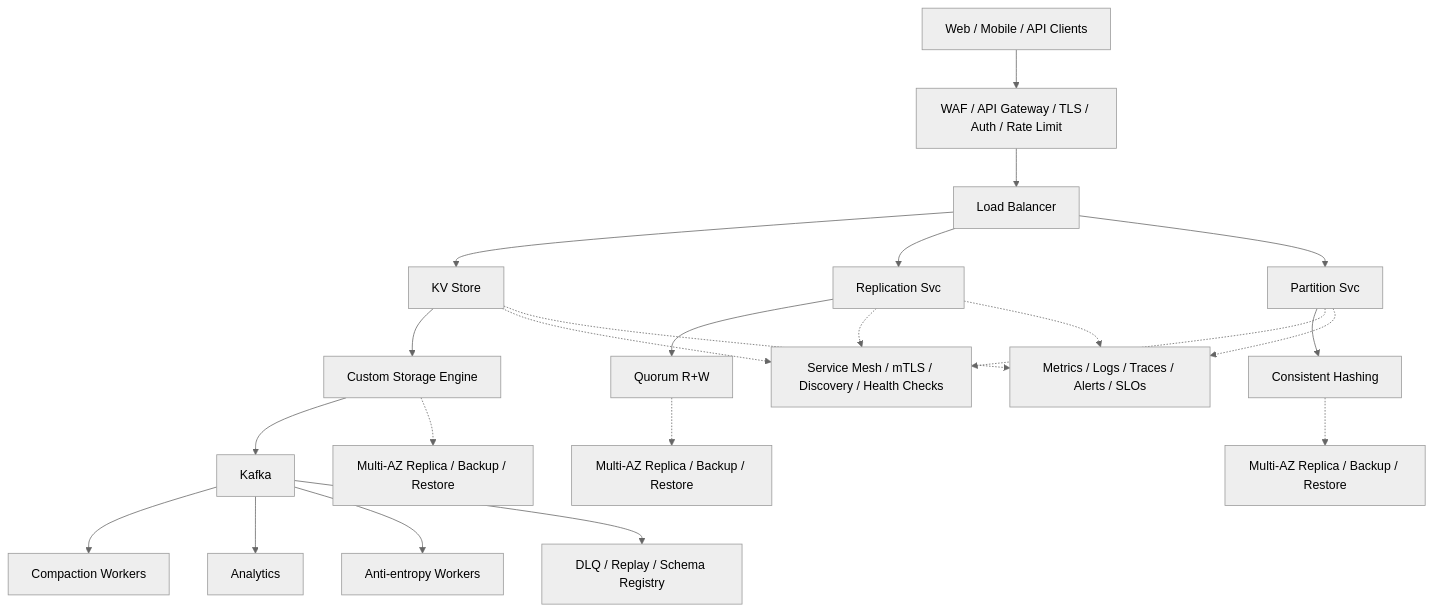
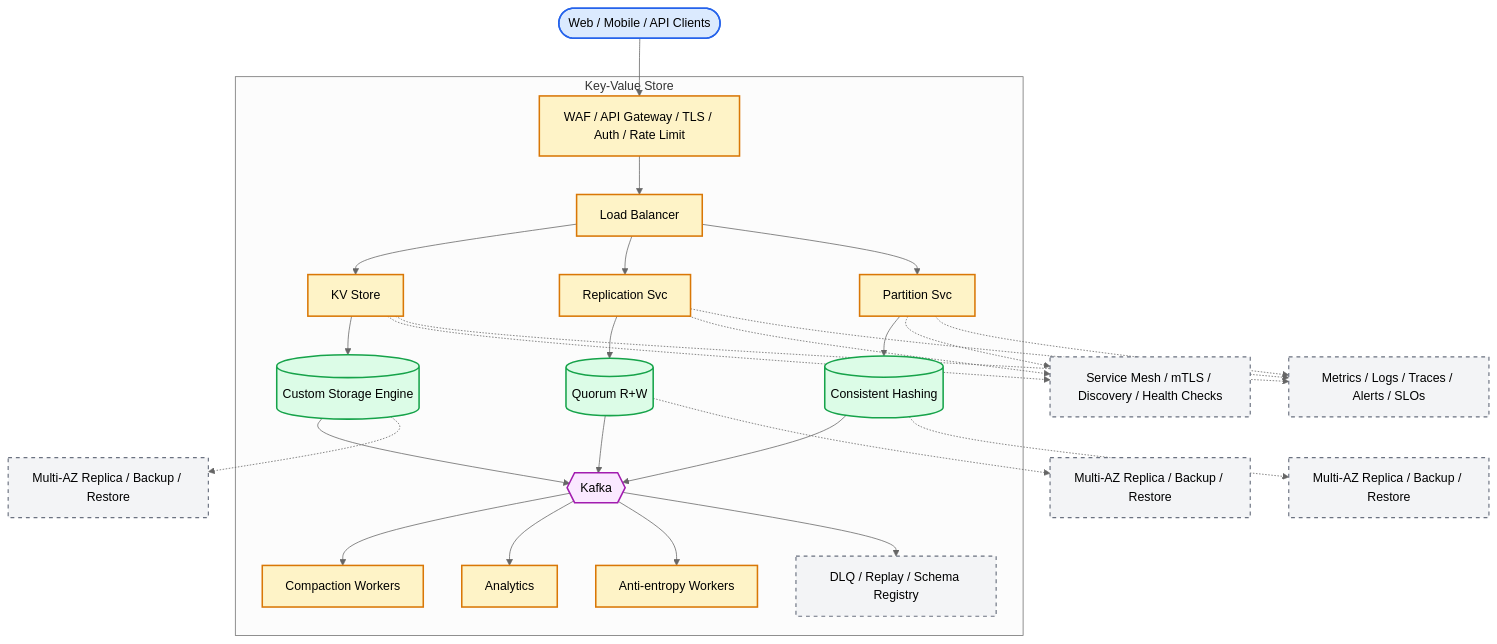
Before and after one commit to aishwary11/system-design: the diagram in system-design-key-value-store.md, drawn with Mermaid (neutral theme). The commit also changed other lines of this file and 36 other files, not shown here.

First line of the commit message:
Standardize all diagrams on C4-style Mermaid template

````diff
--- a/system-design-key-value-store.md
+++ b/system-design-key-value-store.md
@@ -38,25 +38,65 @@
 ```mermaid
 flowchart TB
-    clients["Web / Mobile / API Clients"] --> edge["WAF / API Gateway / TLS / Auth / Rate Limit"]
-    edge --> lb["Load Balancer"]
-    lb --> svc0["KV Store"]
-    lb --> svc1["Replication Svc"]
-    lb --> svc2["Partition Svc"]
-    svc0 --> store0["Custom Storage Engine"]
-    svc1 --> store1["Quorum R+W"]
-    svc2 --> store2["Consistent Hashing"]
-    store0 --> stream["Kafka"]
-    stream --> worker0["Compaction Workers"]
-    stream --> worker1["Analytics"]
-    stream --> worker2["Anti-entropy Workers"]
-    svc0 -.-> platform["Service Mesh / mTLS / Discovery / Health Checks"]
-    svc1 -.-> platform
-    svc2 -.-> platform
-    store0 -.-> backup0["Multi-AZ Replica / Backup / Restore"]
-    store1 -.-> backup1["Multi-AZ Replica / Backup / Restore"]
-    store2 -.-> backup2["Multi-AZ Replica / Backup / Restore"]
-    stream --> dlq["DLQ / Replay / Schema Registry"]
-    svc0 -.-> ops["Metrics / Logs / Traces / Alerts / SLOs"]
+    %% Actors (people)
+    clients(["Web / Mobile / API Clients"])
+
+    %% System boundary - containers owned by the platform
+    subgraph platform["Key-Value Store"]
+        edge["WAF / API Gateway / TLS / Auth / Rate Limit"]
+        lb["Load Balancer"]
+        svc0["KV Store"]
+        svc1["Replication Svc"]
+        svc2["Partition Svc"]
+        store0[("Custom Storage Engine")]
+        store1[("Quorum R+W")]
+        store2[("Consistent Hashing")]
+        stream{{"Kafka"}}
+        worker0["Compaction Workers"]
+        worker1["Analytics"]
+        worker2["Anti-entropy Workers"]
+        dlq["DLQ / Replay / Schema Registry"]
+    end
+
+    %% Cross-cutting control plane (dashed edges)
+    mesh["Service Mesh / mTLS / Discovery / Health Checks"]
+    ops["Metrics / Logs / Traces / Alerts / SLOs"]
+    backup0["Multi-AZ Replica / Backup / Restore"]
+    backup1["Multi-AZ Replica / Backup / Restore"]
+    backup2["Multi-AZ Replica / Backup / Restore"]
+
+    clients --> edge
+    edge --> lb
+    lb --> svc0
+    lb --> svc1
+    lb --> svc2
+    svc0 --> store0
+    svc1 --> store1
+    svc2 --> store2
+    store0 --> stream
+    store1 --> stream
+    store2 --> stream
+    stream --> worker0
+    stream --> worker1
+    stream --> worker2
+    stream --> dlq
+    svc0 -.-> mesh
+    svc1 -.-> mesh
+    svc2 -.-> mesh
+    svc0 -.-> ops
     svc1 -.-> ops
     svc2 -.-> ops
+    store0 -.-> backup0
+    store1 -.-> backup1
+    store2 -.-> backup2
+
+    classDef actor fill:#dbeafe,stroke:#2563eb,stroke-width:2px
+    classDef service fill:#fef3c7,stroke:#d97706,stroke-width:2px
+    classDef store fill:#dcfce7,stroke:#16a34a,stroke-width:2px
+    classDef broker fill:#fae8ff,stroke:#a21caf,stroke-width:2px
+    classDef control fill:#f3f4f6,stroke:#6b7280,stroke-width:1.5px,stroke-dasharray:5 5
+    class clients actor
+    class edge,lb,svc0,svc1,svc2,worker0,worker1,worker2 service
+    class store0,store1,store2 store
+    class stream broker
+    class dlq,mesh,ops,backup0,backup1,backup2 control
 ```
````
